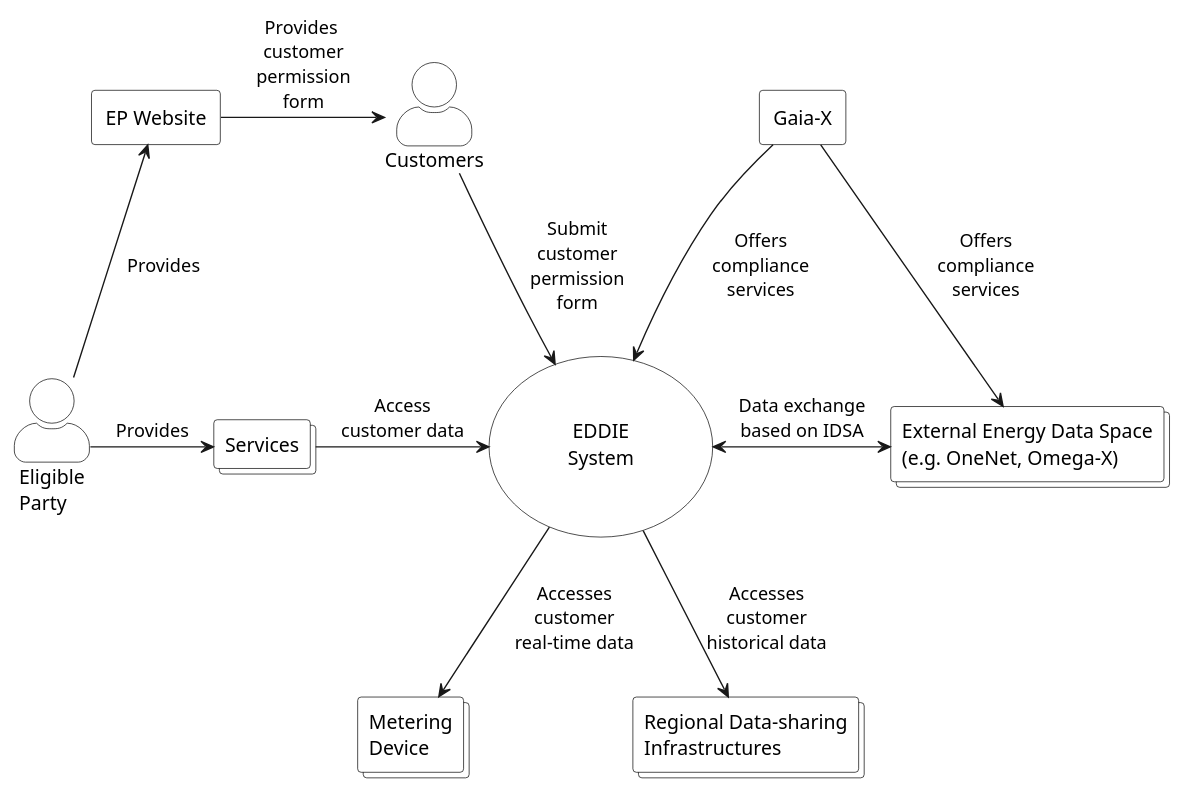
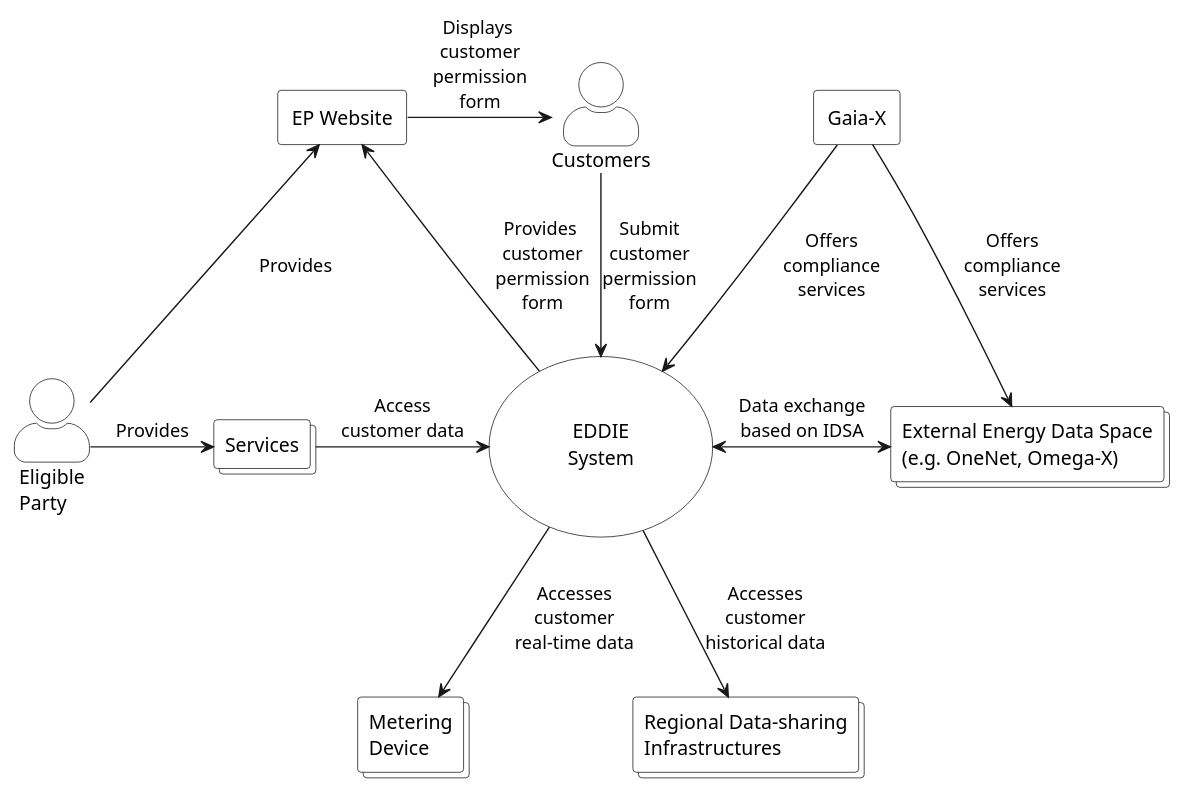
The diagram in arc42/system-scope-and-context/figures/context-diagram-dataspace.puml (eddie-energy/architecture), drawn with PlantUML before and after one commit. The commit also changed 2 other files, not shown here.

Commit message:
minor update on the customer permission form

```diff
--- a/arc42/system-scope-and-context/figures/context-diagram-dataspace.puml
+++ b/arc42/system-scope-and-context/figures/context-diagram-dataspace.puml
@@ -1,52 +1,52 @@
 @startuml context-diagram-dataspace
 'context diagram
 
 skinparam usecase {
   BorderColor black
   BackgroundColor transparent
 }
 skinparam rectangle {
   BorderColor black
   BackgroundColor transparent
 }
 skinparam collections {
   BorderColor black
   BackgroundColor white
 }
 skinparam actorStyle awesome
 skinparam actor {
   BorderColor black
   BackgroundColor white
 }
 
 rectangle "Gaia-X" as gaiaX
 collections "External Energy Data Space\n(e.g. OneNet, Omega-X)" as dataSpaces
 usecase "\n\nEDDIE\nSystem\n\n" as eddie
 collections "Metering\nDevice" as smartMeter
 collections "Regional Data-sharing\nInfrastructures" as regionalData
 rectangle "EP Website" as website
 collections "Services" as service
 
 actor "Eligible\nParty" as ep
 actor "Customers" as customer
 
 gaiaX -down-> eddie : Offers\ncompliance\nservices
 gaiaX -down-> dataSpaces : Offers\ncompliance\nservices
 
 eddie <-right-> dataSpaces : Data exchange\nbased on IDSA
 
 service -right-> eddie : Access\ncustomer data
 eddie -down-> regionalData : Accesses\ncustomer\nhistorical data
 eddie -down-> smartMeter : Accesses\ncustomer\nreal-time data
-' website -[hidden]right->eddie : test
+eddie -left-> website : Provides \ncustomer\npermission\nform
 smartMeter -[hidden] regionalData : \t\t\t
 
 
 ep -right-> service : Provides
 ep -up-> website : Provides
 
-website -right-> customer : Provides \ncustomer\npermission\nform
+website -right-> customer : Displays \ncustomer\npermission\nform
 customer -down-> eddie : Submit\ncustomer\npermission\nform
-customer -[hidden]right- gaiaX : \t\t\t\t\t\t
+customer -[hidden]right- gaiaX : \t\t\t
 
 @enduml
```
